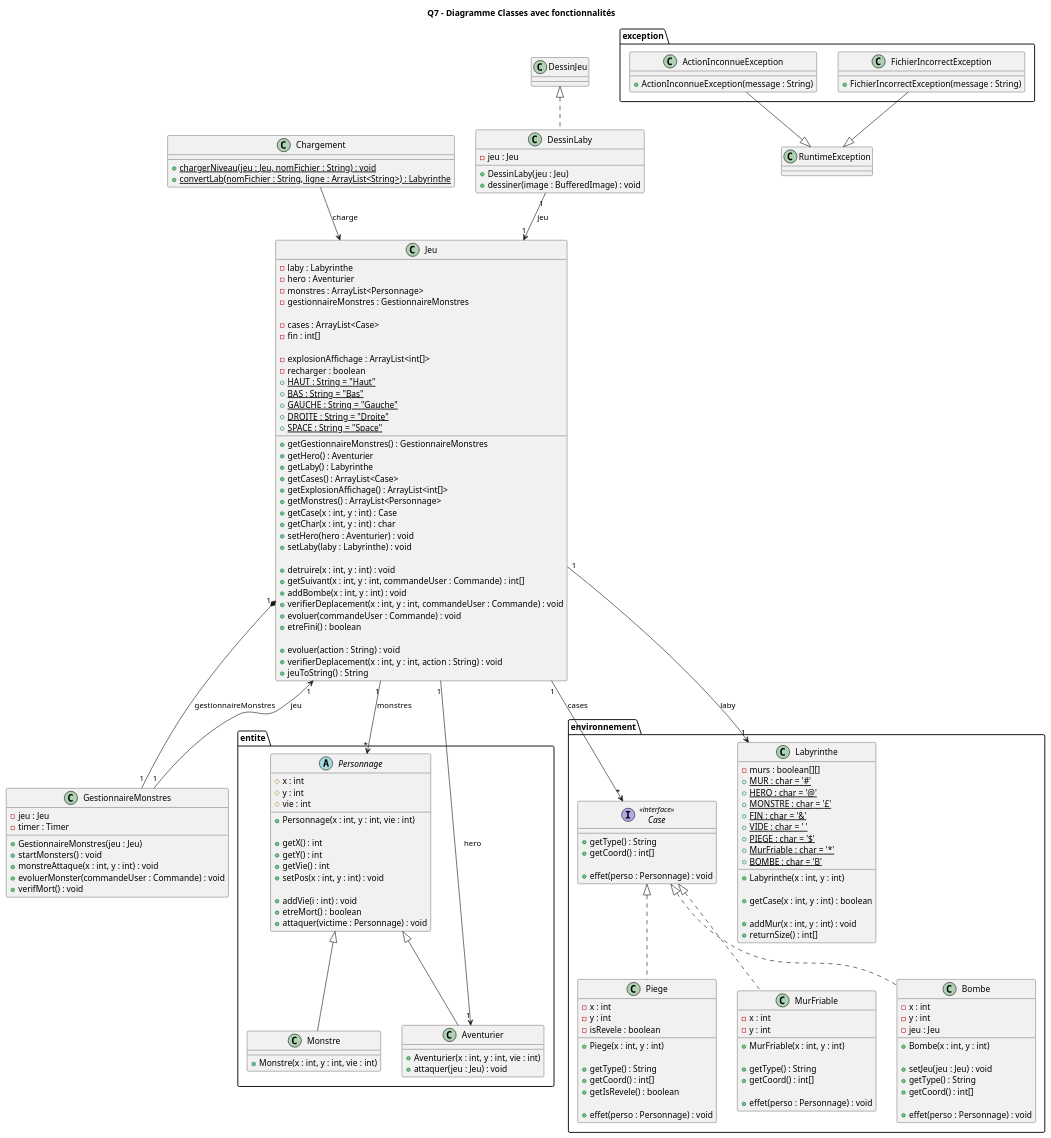
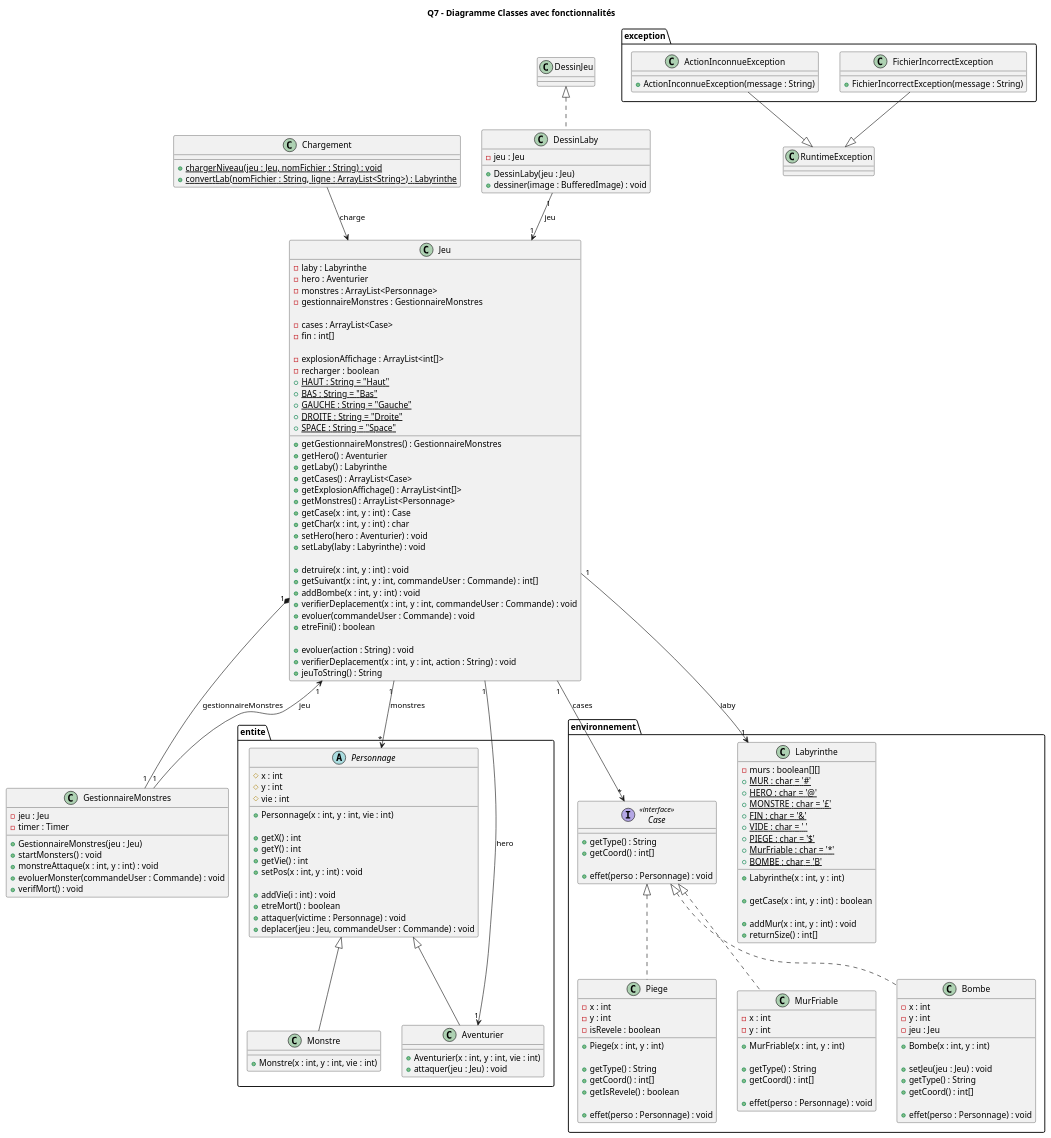
Before and after one commit to lucas-martinati-pro/SAE_S2.01_Zeldiablo-LucasM_JeanLM_PierreGSV: the diagram in documents/version_2/Q7 - Diagramme Classes avec fonctionnalités.puml, drawn with PlantUML. The commit also changed 6 other files, not shown here.

Commit message:
add: Sol & refactor Jeu deplacer Perso

```diff
--- a/documents/version_2/Q7 - Diagramme Classes avec fonctionnalités.puml
+++ b/documents/version_2/Q7 - Diagramme Classes avec fonctionnalités.puml
@@ -80,6 +80,7 @@
         + addVie(i : int) : void
         + etreMort() : boolean
         + attaquer(victime : Personnage) : void
+        + deplacer(jeu : Jeu, commandeUser : Commande) : void
     }
 
     class Aventurier {
```
